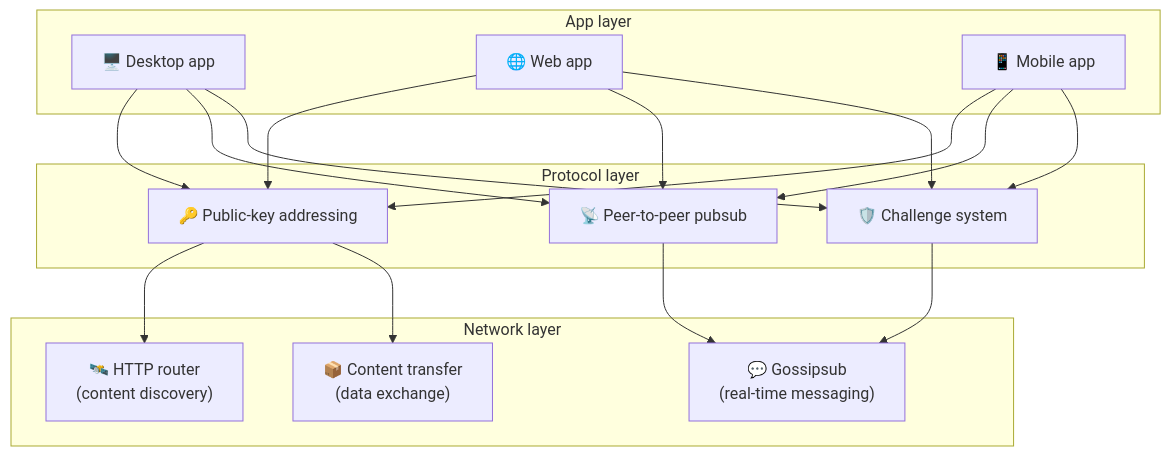
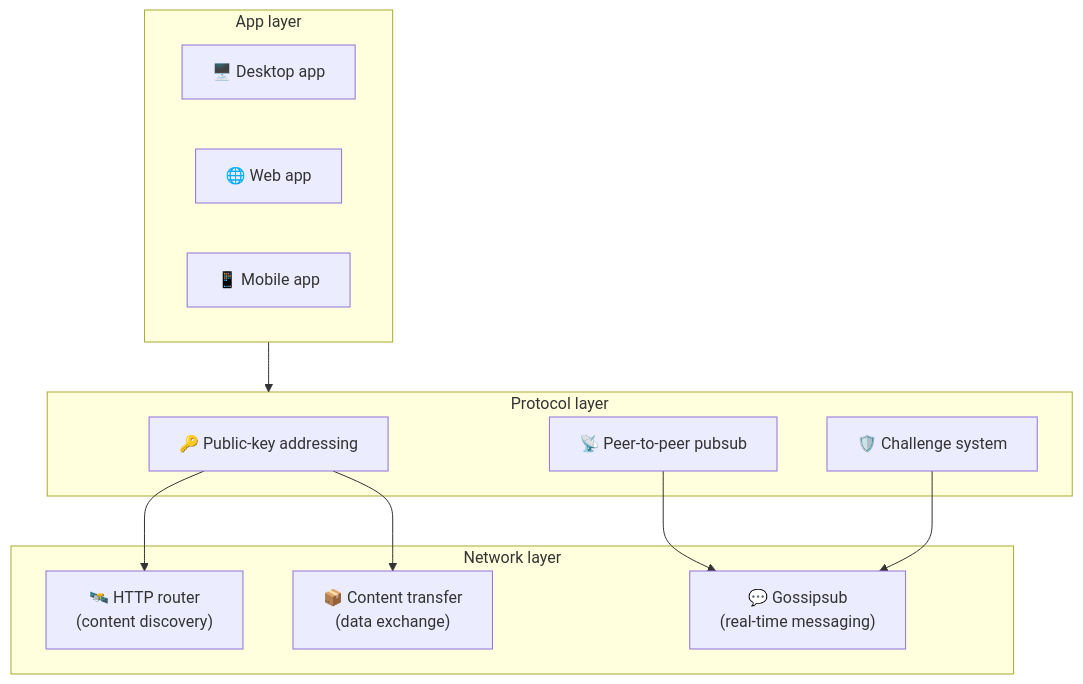
One commit to bitsocialnet/bitsocial-web changed the fifth of 5 diagrams in docs/i18n/ar/docusaurus-plugin-content-docs/current/peer-to-peer-protocol.md. Above: the diagram before and after it, drawn with Mermaid. The commit also changed 43 other files, not shown here.

First line of the commit message:
chore(docs): render mermaid diagrams at build time with pele (#40)

````diff
--- a/docs/i18n/ar/docusaurus-plugin-content-docs/current/peer-to-peer-protocol.md
+++ b/docs/i18n/ar/docusaurus-plugin-content-docs/current/peer-to-peer-protocol.md
@@ -182,26 +182,26 @@
 ```mermaid
 graph TB
     subgraph Apps ["App layer"]
         A1["🖥️ Desktop app"]
         A2["🌐 Web app"]
         A3["📱 Mobile app"]
     end
 
     subgraph Protocol ["Protocol layer"]
         PK["🔑 Public-key addressing"]
         PS["📡 Peer-to-peer pubsub"]
         CH["🛡️ Challenge system"]
     end
 
     subgraph Network ["Network layer"]
         Router["🛰️ HTTP router<br/>(content discovery)"]
+        TR["📦 Content transfer<br/>(data exchange)"]
         GS["💬 Gossipsub<br/>(real-time messaging)"]
-        TR["📦 Content transfer<br/>(data exchange)"]
     end
 
-    A1 & A2 & A3 --> PK & PS & CH
+    Apps --> Protocol
     PK --> Router
+    PK --> TR
     PS --> GS
     CH --> GS
-    PK --> TR
 ```
````
